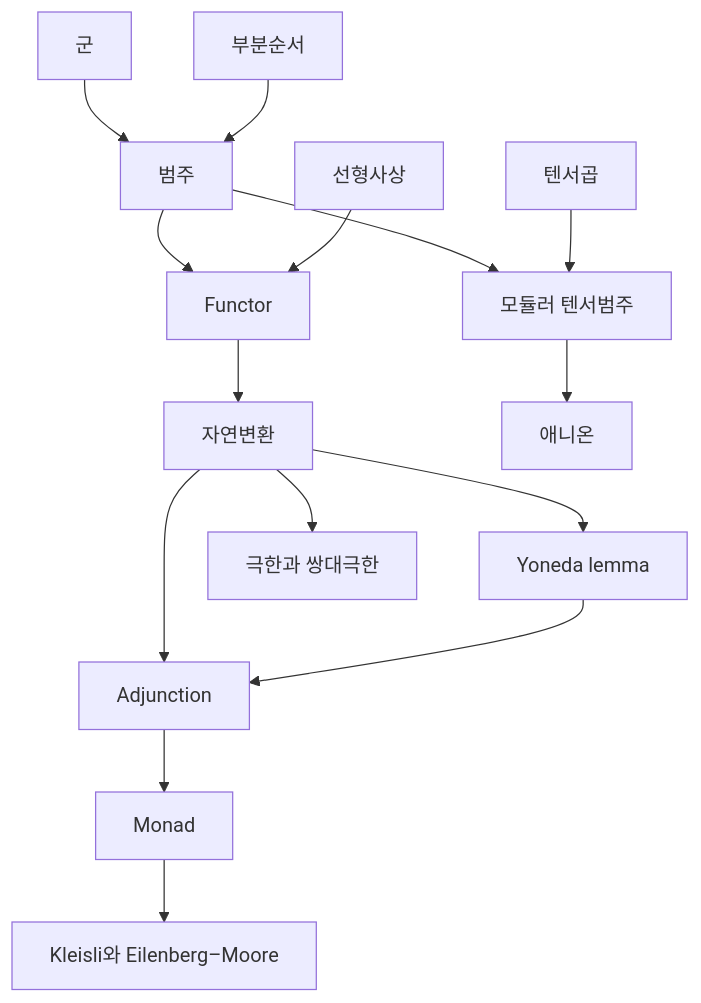
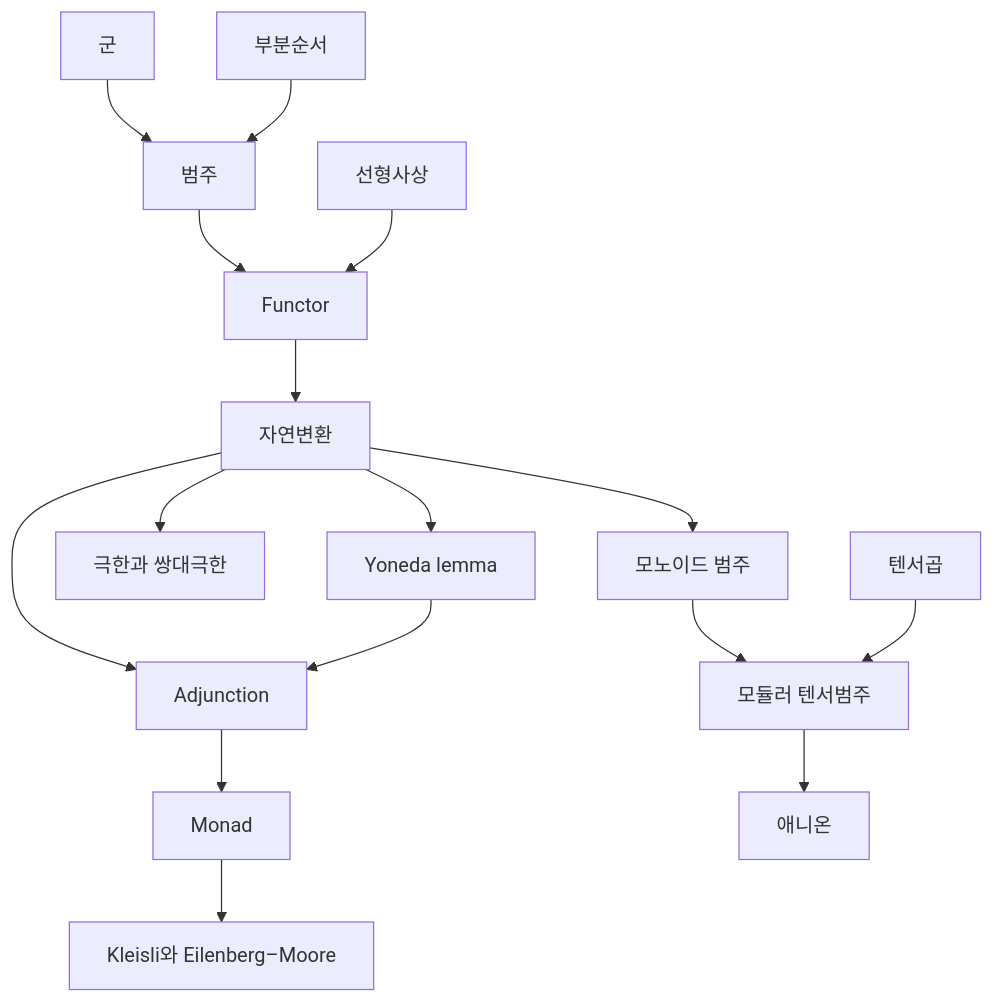
One commit to Phryxia/math-map changed the diagram in docs/category-theory-overview.md. Above: the diagram before and after it, drawn with Mermaid. The commit also changed 1 other file, not shown here.

Commit message:
drop two overview map arrows that are not real edges
Claude-Session: https://claude.ai/code/session_01UBWtpJbMJYWRCiLaMths5Z

````diff
--- a/docs/category-theory-overview.md
+++ b/docs/category-theory-overview.md
@@ -13,17 +13,17 @@
 ```mermaid
 graph TD
   GP["군"] --> CA["범주"]
   PO["부분순서"] --> CA
   CA --> FU["Functor"]
   LM["선형사상"] --> FU
   FU --> NT["자연변환"]
   NT --> YL["Yoneda lemma"]
   NT --> LC["극한과 쌍대극한"]
   NT --> AD["Adjunction"]
   YL --> AD
   AD --> MO["Monad"]
   MO --> KE["Kleisli와 Eilenberg–Moore"]
-  CA --> MT["모듈러 텐서범주"]
+  NT --> MN["모노이드 범주"] --> MT["모듈러 텐서범주"]
   TP["텐서곱"] --> MT
   MT --> AN["애니온"]
 ```
````
